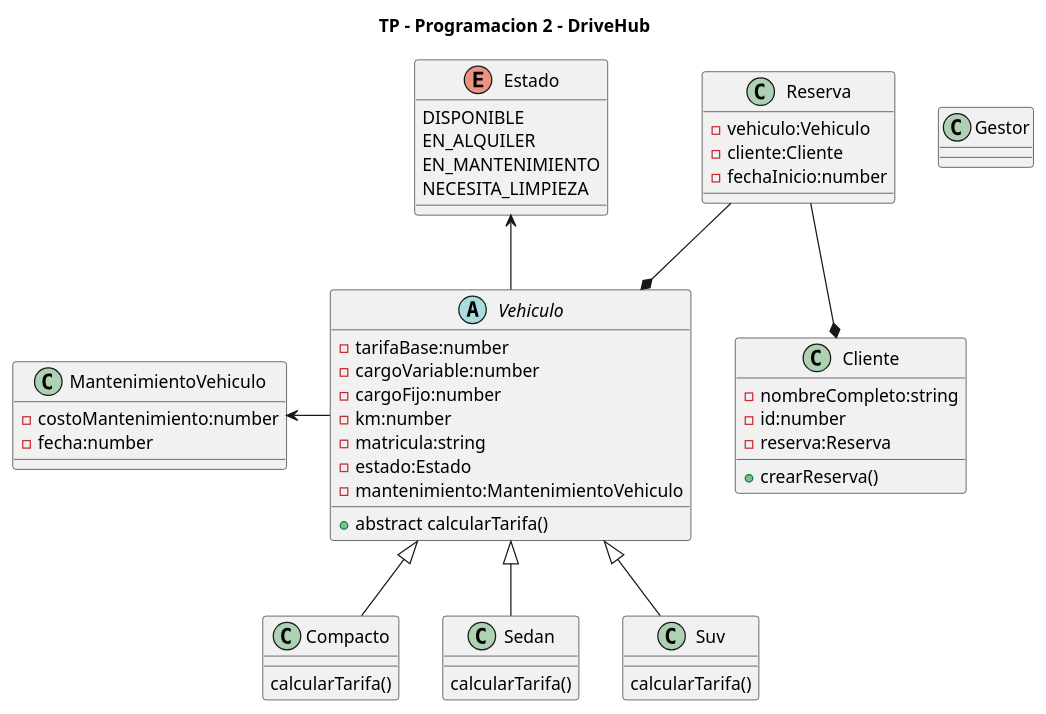
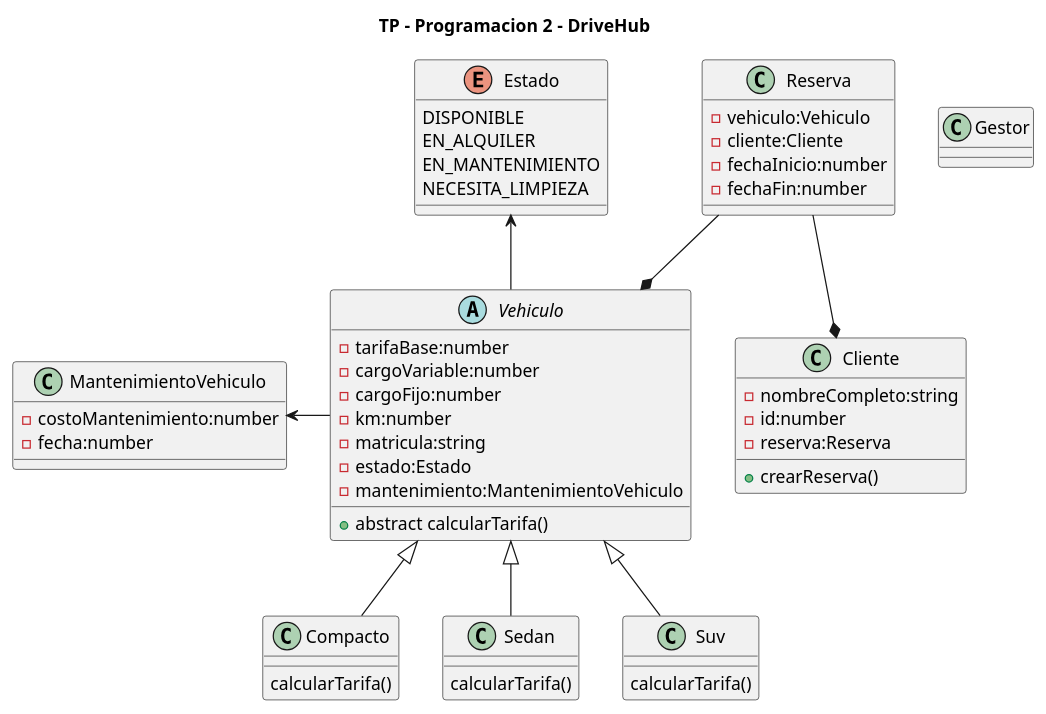
The diagram in Diagramas /diagramaClases-DriveHub.puml (LauEroles/TP-Progra2-DriveHub), drawn with PlantUML before and after one commit. The commit also changed 1 other file, not shown here.

```diff
--- a/Diagramas /diagramaClases-DriveHub.puml
+++ b/Diagramas /diagramaClases-DriveHub.puml
@@ -1,103 +1,104 @@
 @startuml DriveHub
 
 title TP - Programacion 2 - DriveHub
 
 
 abstract class Vehiculo{
     
     -tarifaBase:number
     'Podria haber una clase cargo que nos permita manejar de manera
     'abstracta los cargos y luego en vehiculo tener una lista de cargos
     'que pueden ser variables o fijos y el dia de mañana 
     'para flexibilizar mas la solucion si se agregan nuevos vehiculos??
     -cargoVariable:number
     -cargoFijo:number
     -km:number
     -matricula:string
     -estado:Estado
     -mantenimiento:MantenimientoVehiculo
     +abstract calcularTarifa()
 
 }
 
 enum Estado{
 
     DISPONIBLE
     EN_ALQUILER
     EN_MANTENIMIENTO
     NECESITA_LIMPIEZA
 
 }
 
 class Compacto {
     'podemos usar constante en kmMax para aplicar cargo?
     calcularTarifa()
 
 }
 
 class Sedan{
     calcularTarifa()
 
 }
 
 class Suv{
 
  'o la otra opcion es colocar el cargo fijo (del seguro por aqui)
     calcularTarifa()
 
 }
 
 class Reserva{
 
     '-kmFinal:number??
     -vehiculo:Vehiculo
     -cliente:Cliente
     -fechaInicio:number
+    -fechaFin:number
 
 }
 
 class Cliente{
 
     -nombreCompleto:string
     -id:number
     'El cliente puede instanciarse sin reserva por parametro, 
     'podemos setearla luego cuando se le asigna la reserva
     -reserva:Reserva
     +crearReserva()
 
 
 }
 
 class Gestor{
 
     'gestor puede ser interfaz y ser implementada en Kilometraje(otraclase), cliente, reserva?
     'O Hacer todo dentro de la clase gestor? diferentes metodos para gestionar diferentes cosas
 
     '-kmFinal:number--> cuando hagamos la gestion de kilometraje
     'Tenemos que pasar el kmInicial (lo obtenemos del vehiculo)
     'y el kmFinal
 
 }
 
 class MantenimientoVehiculo{
     -costoMantenimiento:number
     'usar libreria moment (refactor)
     -fecha:number
 }
 
 
 'Relaciones:
 Vehiculo<|--Sedan
 Vehiculo<|--Suv
 Vehiculo<|--Compacto
 
 Reserva--*Cliente
 Reserva--*Vehiculo
 
 Vehiculo-l->MantenimientoVehiculo
 
 'Como es la orientacion de la flechita en este caso?
 'Es de composicion o de asociacion esta relación?
 Vehiculo-u->Estado
 
 @enduml
```
